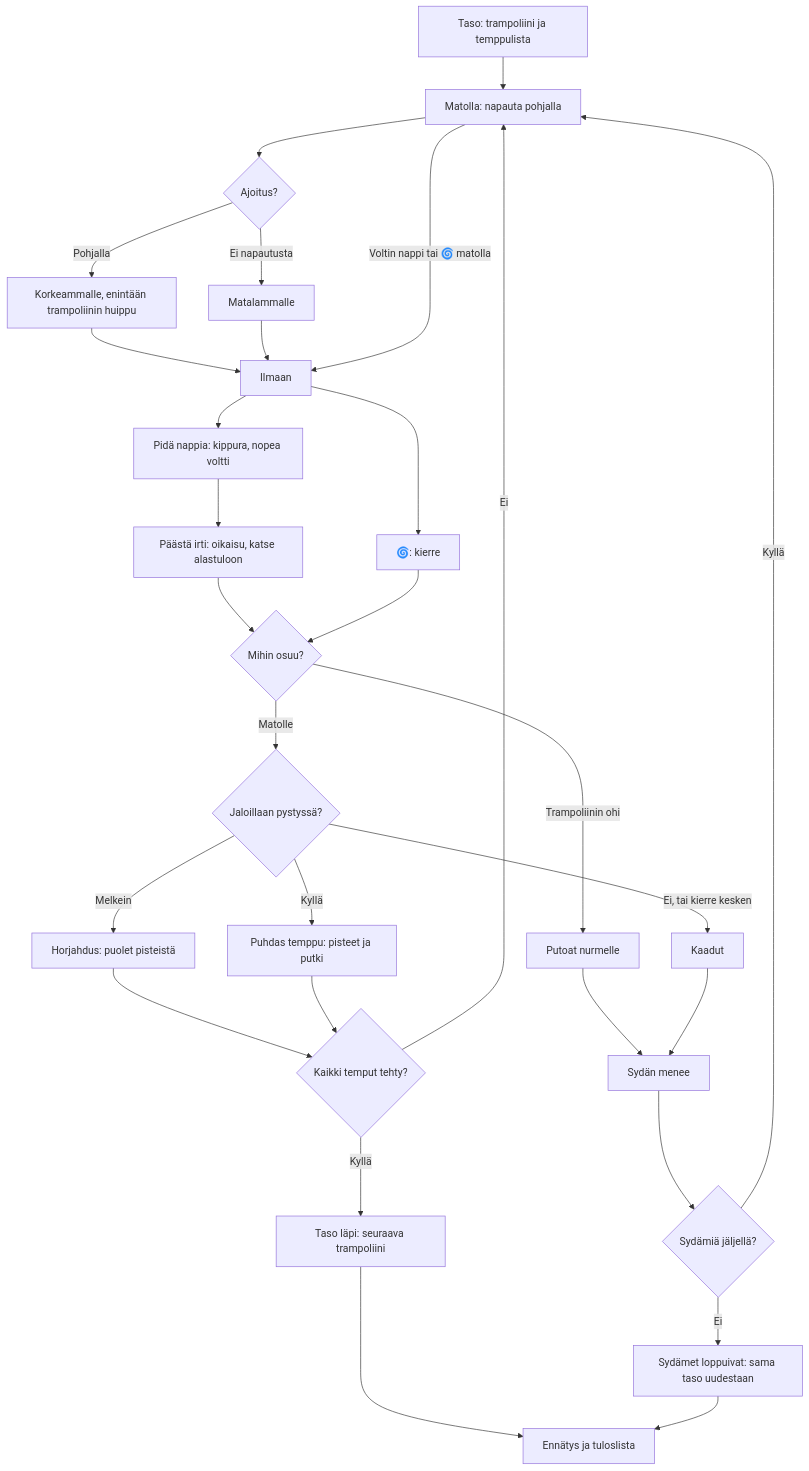
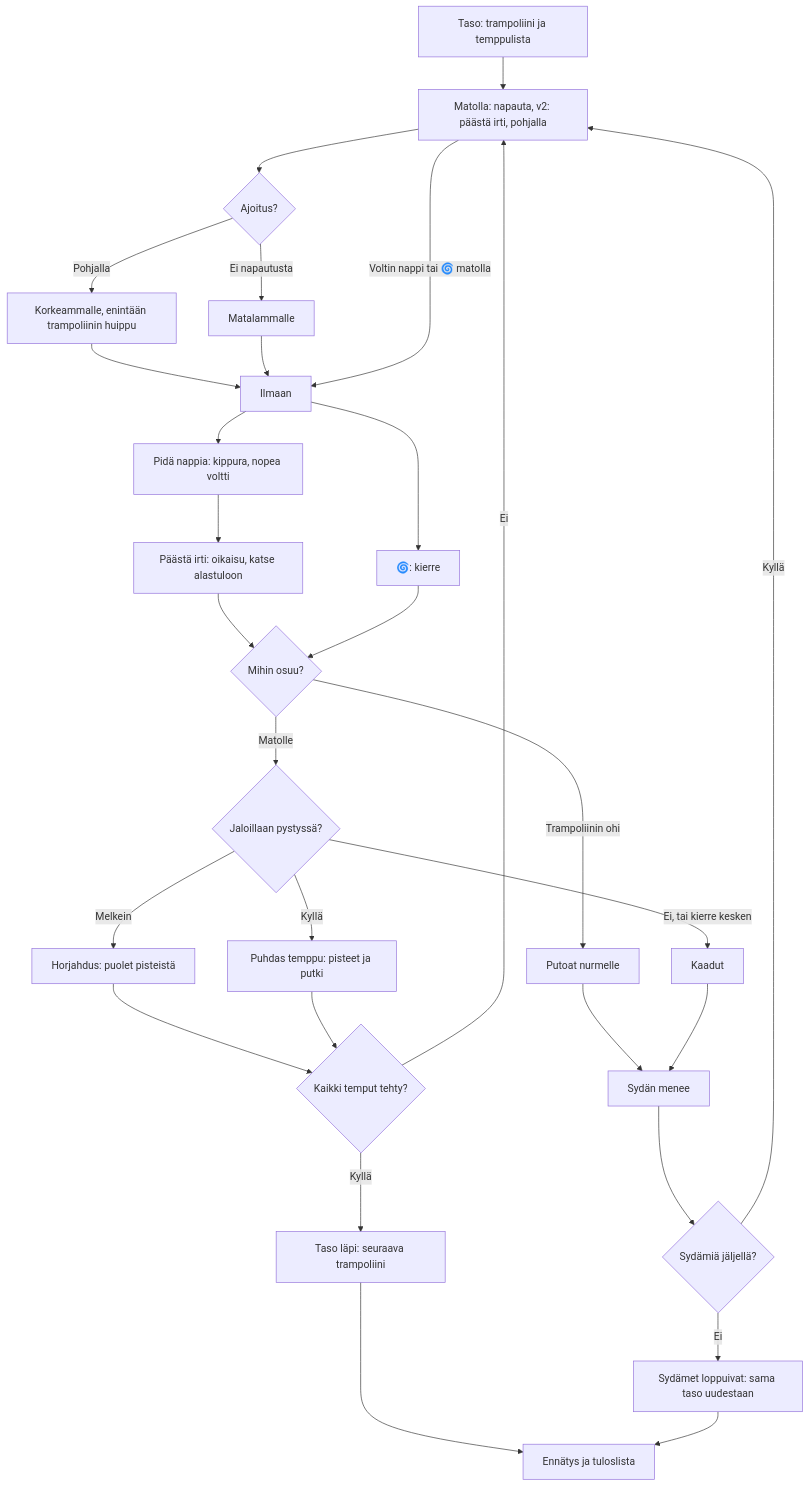
Before and after one commit to eerovil/ai-pelit: the diagram in docs/diagrams/trampoliini.md, drawn with Mermaid. The commit also changed other lines of this file and 3 other files, not shown here.

````diff
--- a/docs/diagrams/trampoliini.md
+++ b/docs/diagrams/trampoliini.md
@@ -8,37 +8,37 @@
 ```mermaid
 flowchart TD
-  A[Taso: trampoliini ja temppulista] --> B[Matolla: napauta pohjalla]
+  A[Taso: trampoliini ja temppulista] --> B[Matolla: napauta, v2: päästä irti, pohjalla]
   B --> C{Ajoitus?}
   C -- Pohjalla --> D[Korkeammalle, enintään trampoliinin huippu]
   C -- Ei napautusta --> E[Matalammalle]
   D --> F[Ilmaan]
   E --> F
   B -- Voltin nappi tai 🌀 matolla --> F
   F --> G[Pidä nappia: kippura, nopea voltti]
   G --> H[Päästä irti: oikaisu, katse alastuloon]
   F --> I[🌀: kierre]
   H --> J{Mihin osuu?}
   I --> J
   J -- Trampoliinin ohi --> K[Putoat nurmelle]
   J -- Matolle --> L{Jaloillaan pystyssä?}
   L -- Melkein --> M[Horjahdus: puolet pisteistä]
   L -- Kyllä --> N[Puhdas temppu: pisteet ja putki]
   L -- Ei, tai kierre kesken --> O[Kaadut]
   K --> P[Sydän menee]
   O --> P
   P --> Q{Sydämiä jäljellä?}
   Q -- Kyllä --> B
   Q -- Ei --> R[Sydämet loppuivat: sama taso uudestaan]
   M --> S{Kaikki temput tehty?}
   N --> S
   S -- Ei --> B
   S -- Kyllä --> T[Taso läpi: seuraava trampoliini]
   T --> U[Ennätys ja tuloslista]
   R --> U
   class B,G,H,I blue
   class C,J,L,Q,S amber
   class D,E,F teal
   class A violet
   class M,N,T,U green
   class K,O,P,R rose
 ```
````
